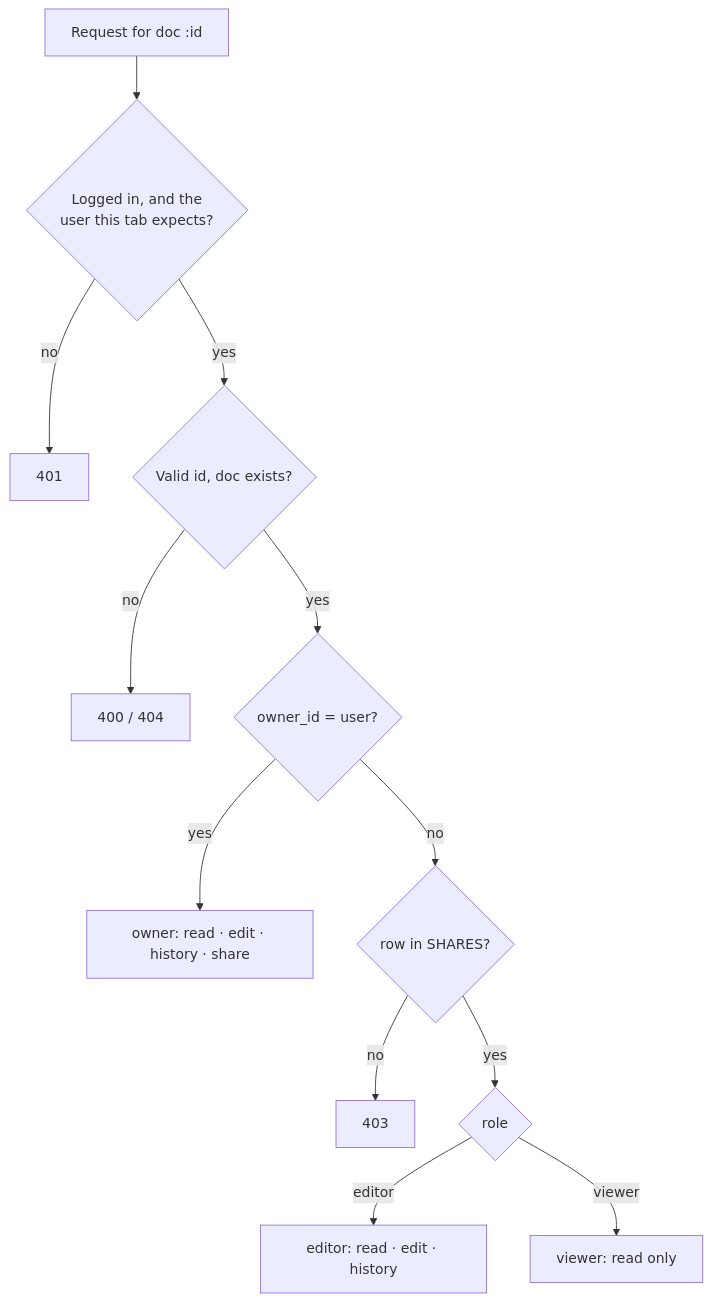
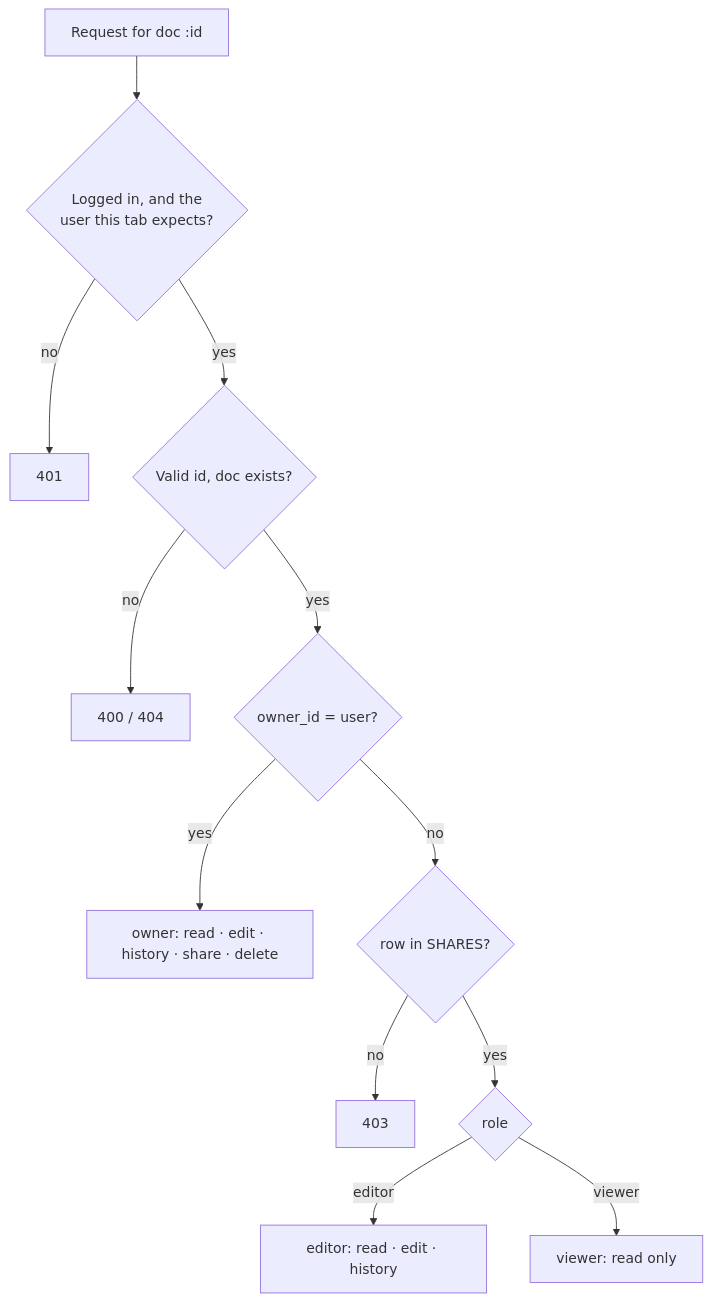
The third of 5 diagrams in ARCHITECTURE.md (motolomibay/ajaia-docs), drawn with Mermaid before and after one commit. The commit also changed other lines of this file and 11 other files, not shown here.

Commit message:
Delete document (owner only): cascade shares and history; lock editors who still have it open

````diff
--- a/ARCHITECTURE.md
+++ b/ARCHITECTURE.md
@@ -140,14 +141,14 @@
 ```mermaid
 flowchart TD
   Q[Request for doc :id] --> L{Logged in, and the<br/>user this tab expects?}
   L -- no --> E401[401]
   L -- yes --> F{Valid id, doc exists?}
   F -- no --> E4[400 / 404]
   F -- yes --> O{owner_id = user?}
-  O -- yes --> OWN[owner: read · edit · history · share]
+  O -- yes --> OWN[owner: read · edit · history · share · delete]
   O -- no --> S{row in SHARES?}
   S -- no --> E403[403]
   S -- yes --> RL{role}
   RL -- editor --> ED[editor: read · edit · history]
   RL -- viewer --> VW[viewer: read only]
 ```
````
